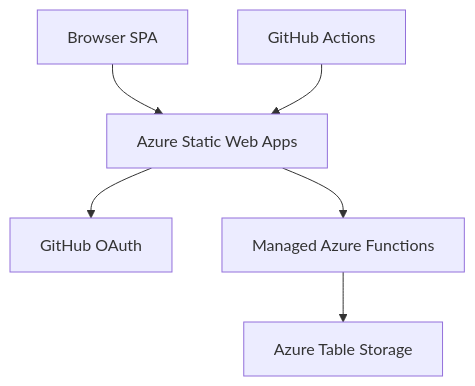
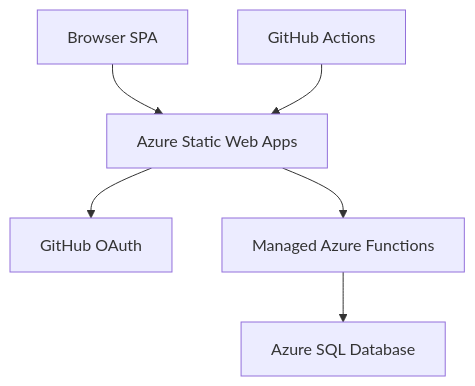
The diagram in docs/README.md (jonathan-vella/hacker-board), drawn with Mermaid before and after one commit. The commit also changed other lines of this file and 5 other files, not shown here.

````diff
--- a/docs/README.md
+++ b/docs/README.md
@@ -29,8 +31,8 @@
 ```mermaid
 graph TB
     Browser[Browser SPA] --> SWA[Azure Static Web Apps]
     SWA --> Auth[GitHub OAuth]
     SWA --> Functions[Managed Azure Functions]
-    Functions --> Tables[Azure Table Storage]
+    Functions --> SQL[Azure SQL Database]
     GH[GitHub Actions] --> SWA
 ```
````
